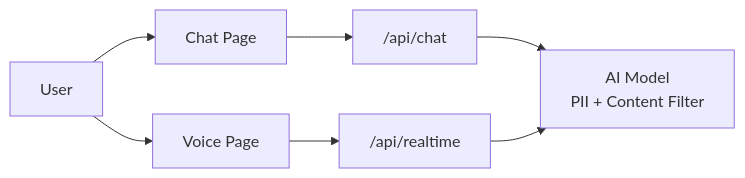
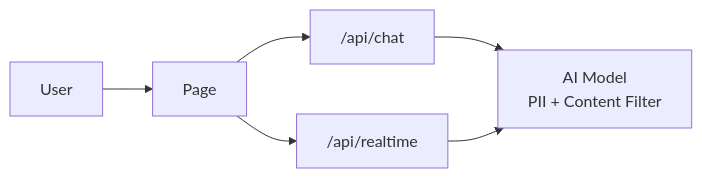
Before and after one commit to py-huang/ai-guard: the diagram in README.md, drawn with Mermaid. The commit also changed other lines of this file and 11 other files, not shown here.

````diff
--- a/README.md
+++ b/README.md
@@ -17,9 +17,8 @@
 ```mermaid
 graph LR
-    User["User"] --> ChatPage["Chat Page"]
-    User --> VoicePage["Voice Page"]
-    ChatPage --> ChatAPI["/api/chat"]
-    VoicePage --> VoiceAPI["/api/realtime"]
+    User["User"] --> Page["Page"]
+    Page --> ChatAPI["/api/chat"]
+    Page --> VoiceAPI["/api/realtime"]
     ChatAPI --> Model["AI Model\nPII + Content Filter"]
     VoiceAPI --> Model
 ```
````
